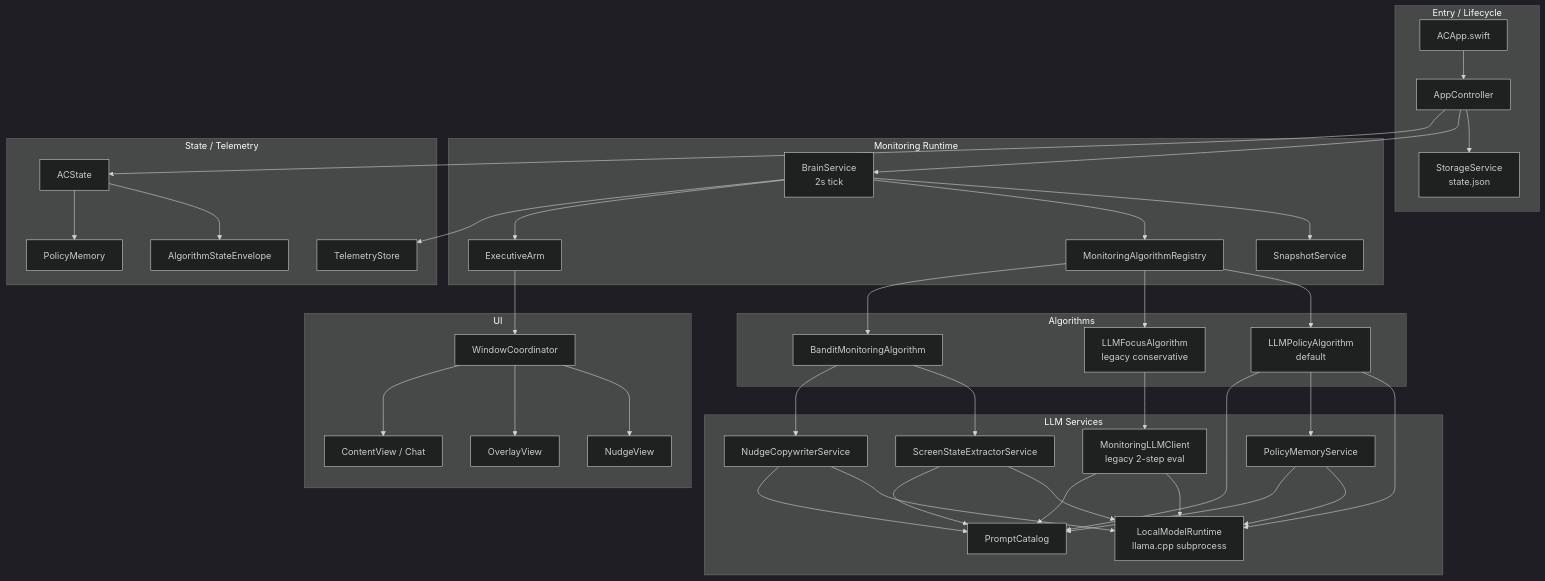
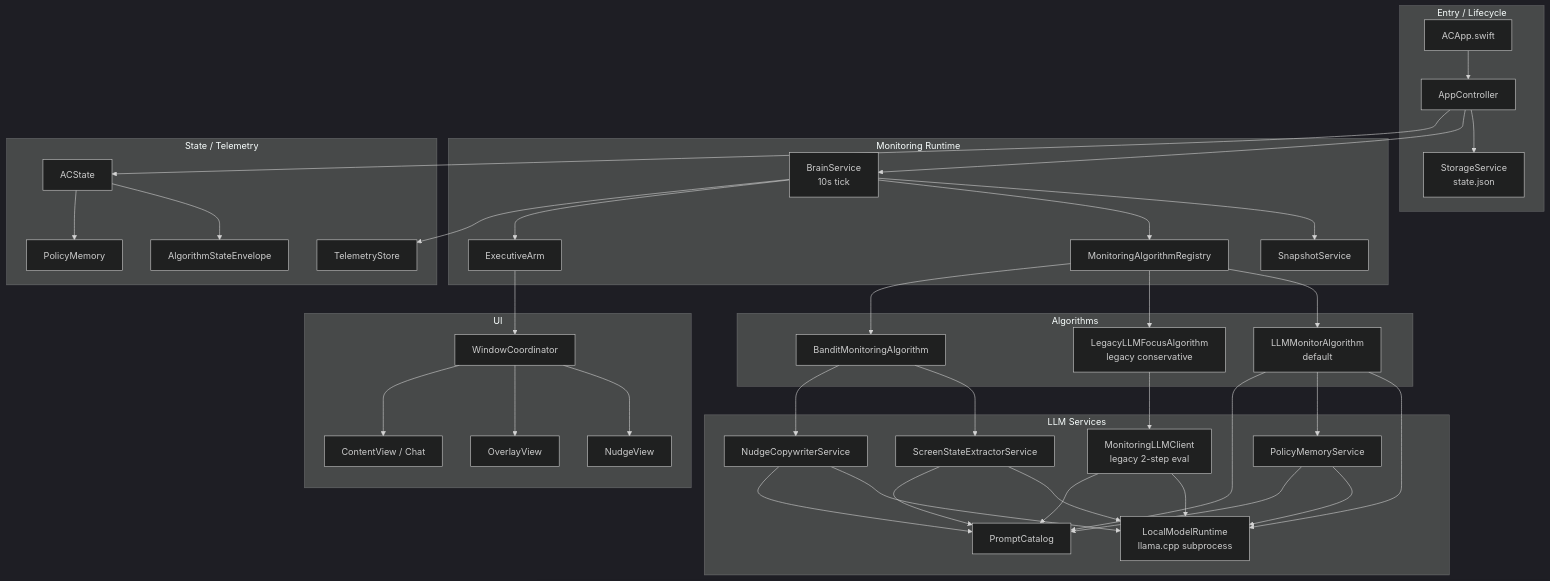
The first of 2 diagrams in docs/system-overview.md (strjonas/AccountyCat), drawn with Mermaid (dark theme) before and after one commit. The commit also changed other lines of this file and 24 other files, not shown here.

````diff
--- a/docs/system-overview.md
+++ b/docs/system-overview.md
@@ -15,80 +15,80 @@
 ```mermaid
 flowchart TB
     subgraph Entry["Entry / Lifecycle"]
         ACApp["ACApp.swift"]
         AppCtrl["AppController"]
         Store["StorageService<br/>state.json"]
     end
 
     subgraph Runtime["Monitoring Runtime"]
-        Brain["BrainService<br/>2s tick"]
+        Brain["BrainService<br/>10s tick"]
         Registry["MonitoringAlgorithmRegistry"]
         Exec["ExecutiveArm"]
         Snap["SnapshotService"]
     end
 
     subgraph Algorithms["Algorithms"]
-        PolicyAlgo["LLMPolicyAlgorithm<br/>default"]
-        FocusAlgo["LLMFocusAlgorithm<br/>legacy conservative"]
+        PolicyAlgo["LLMMonitorAlgorithm<br/>default"]
+        FocusAlgo["LegacyLLMFocusAlgorithm<br/>legacy conservative"]
         BanditAlgo["BanditMonitoringAlgorithm"]
     end
 
     subgraph LLMServices["LLM Services"]
         RuntimeLLM["LocalModelRuntime<br/>llama.cpp subprocess"]
         LegacyClient["MonitoringLLMClient<br/>legacy 2-step eval"]
         PolicyMem["PolicyMemoryService"]
         Extractor["ScreenStateExtractorService"]
         Copywriter["NudgeCopywriterService"]
         Prompts["PromptCatalog"]
     end
 
     subgraph State["State / Telemetry"]
         ACState["ACState"]
         AlgoState["AlgorithmStateEnvelope"]
         PolicyState["PolicyMemory"]
         Telemetry["TelemetryStore"]
     end
 
     subgraph UI["UI"]
         Win["WindowCoordinator"]
         Nudge["NudgeView"]
         Overlay["OverlayView"]
         Content["ContentView / Chat"]
     end
 
     ACApp --> AppCtrl
     AppCtrl --> Store
     AppCtrl --> Brain
     Brain --> Snap
     Brain --> Registry
     Brain --> Exec
     Brain --> Telemetry
     AppCtrl --> ACState
     ACState --> AlgoState
     ACState --> PolicyState
 
     Registry --> PolicyAlgo
     Registry --> FocusAlgo
     Registry --> BanditAlgo
 
     FocusAlgo --> LegacyClient
     LegacyClient --> RuntimeLLM
     PolicyAlgo --> RuntimeLLM
     PolicyAlgo --> PolicyMem
     PolicyMem --> RuntimeLLM
     BanditAlgo --> Extractor
     BanditAlgo --> Copywriter
     Extractor --> RuntimeLLM
     Copywriter --> RuntimeLLM
 
     LegacyClient --> Prompts
     PolicyAlgo --> Prompts
     PolicyMem --> Prompts
     Extractor --> Prompts
     Copywriter --> Prompts
 
     Exec --> Win
     Win --> Nudge
     Win --> Overlay
     Win --> Content
 ```
````
